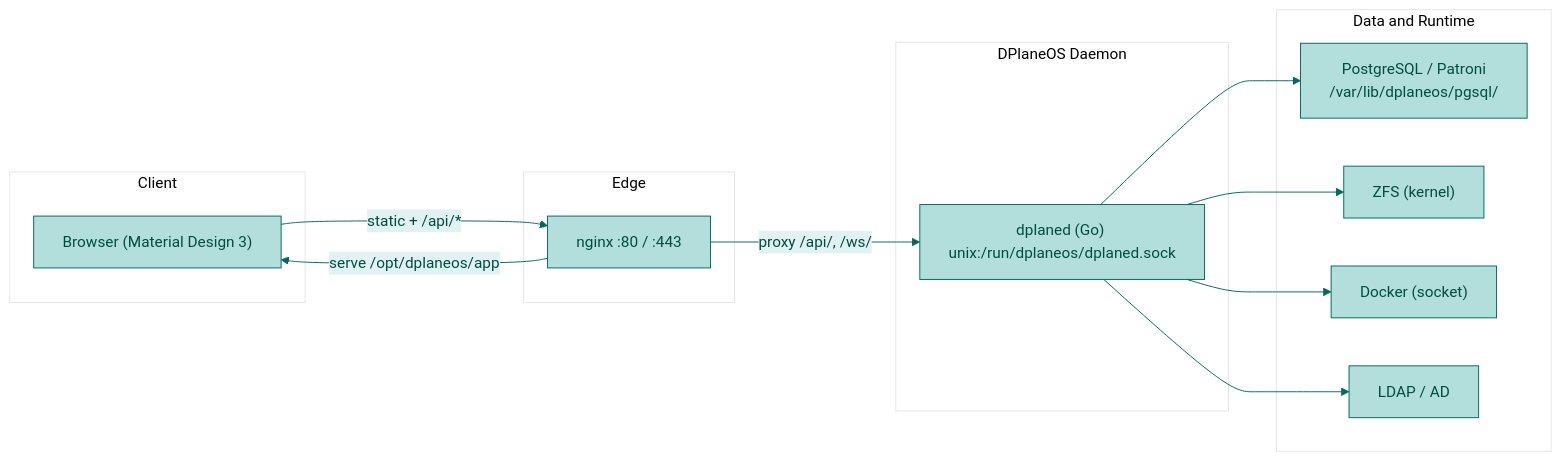
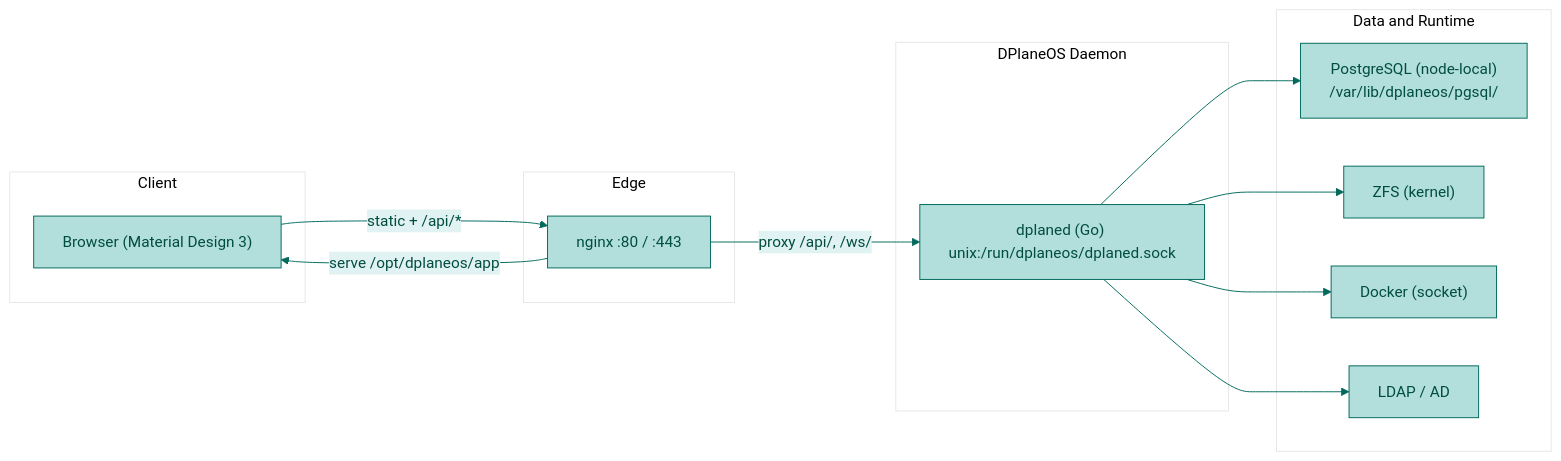
Before and after one commit to 4nonX/DPlaneOS: the first of 7 diagrams in docs/development/CODEBASE-DIAGRAM.md, drawn with Mermaid. The commit also changed 34 other files, not shown here.

````diff
--- a/docs/development/CODEBASE-DIAGRAM.md
+++ b/docs/development/CODEBASE-DIAGRAM.md
@@ -9,30 +9,30 @@
 ```mermaid
 %%{init: {'theme':'base', 'themeVariables': { 'primaryColor':'#b2dfdb', 'primaryTextColor':'#004d40', 'primaryBorderColor':'#00695c', 'lineColor':'#00695c', 'secondaryColor':'#e0f2f1', 'tertiaryColor':'#fff' }}}%%
 flowchart LR
     subgraph Client
         Browser["Browser (Material Design 3)"]
     end
 
     subgraph Edge
         nginx["nginx :80 / :443"]
     end
 
     subgraph Backend["DPlaneOS Daemon"]
         dplaned["dplaned (Go) unix:/run/dplaneos/dplaned.sock"]
     end
 
     subgraph Data["Data and Runtime"]
-        PostgreSQL["PostgreSQL / Patroni\n/var/lib/dplaneos/pgsql/"]
+        PostgreSQL["PostgreSQL (node-local)\n/var/lib/dplaneos/pgsql/"]
         ZFS["ZFS (kernel)"]
         Docker["Docker (socket)"]
         LDAP["LDAP / AD"]
     end
 
     Browser -->|"static + /api/*"| nginx
     nginx -->|"proxy /api/, /ws/"| dplaned
     nginx -->|"serve /opt/dplaneos/app"| Browser
     dplaned --> PostgreSQL
     dplaned --> ZFS
     dplaned --> Docker
     dplaned --> LDAP
 ```
````
